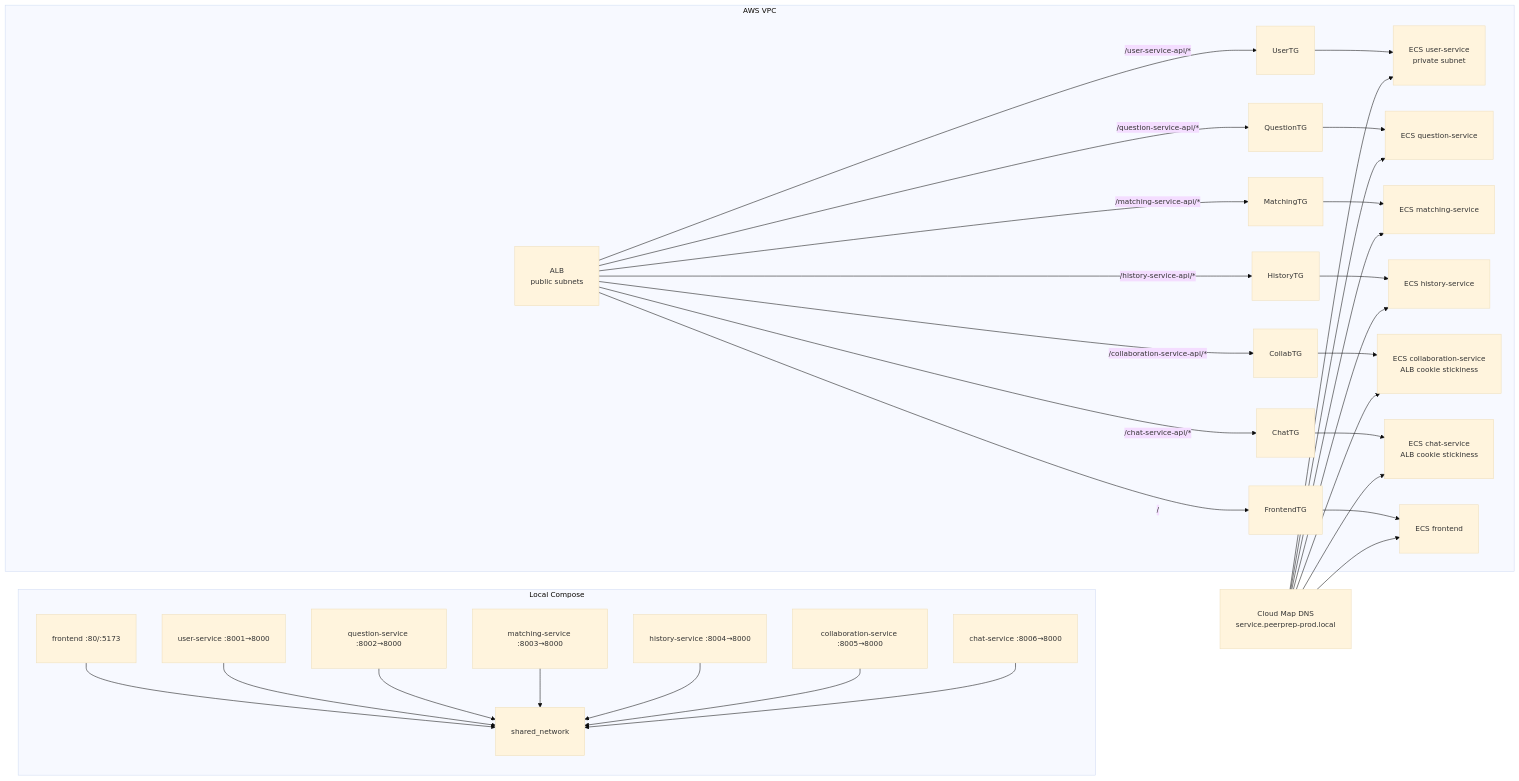
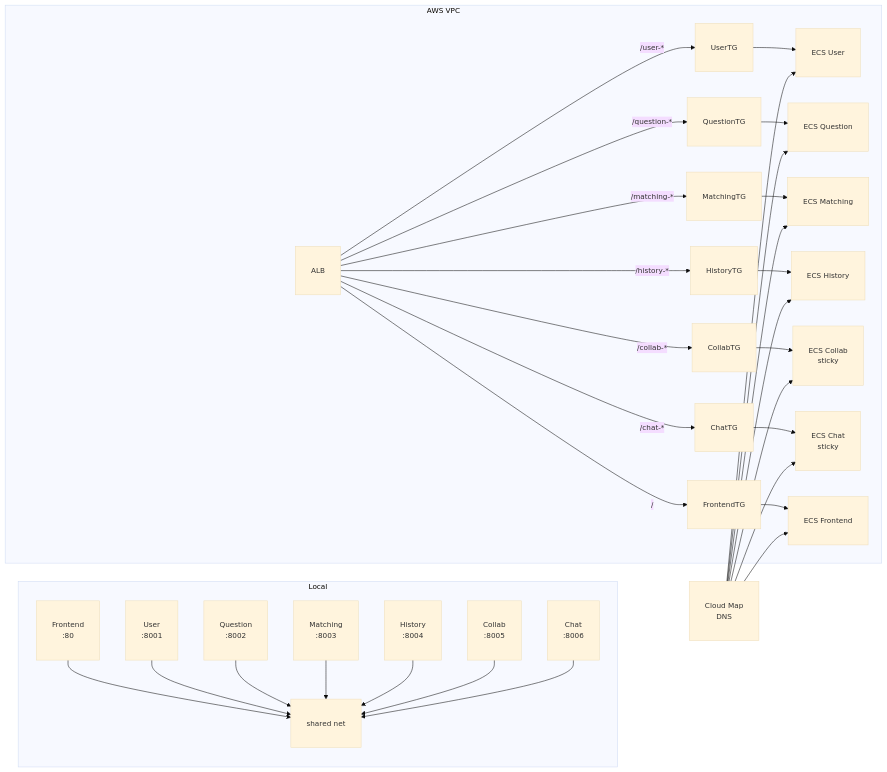
The sixth of 8 diagrams in docs/p1_deploy.md (JoanneHing/cs3219-ay2526s1-project-g19), drawn with Mermaid before and after one commit. The commit also changed other lines of this file, not shown here.

````diff
--- a/docs/p1_deploy.md
+++ b/docs/p1_deploy.md
@@ -192,42 +192,42 @@
 ```mermaid
 %%{init: {'theme':'base', 'themeVariables': {'fontSize':'14px'}}}%%
 graph LR
-  subgraph LocalCompose["Local Compose"]
-    FrontendC["frontend :80/:5173"] --> SharedNet["shared_network"]
-    UserC["user-service :8001→8000"] --> SharedNet
-    QuestionC["question-service :8002→8000"] --> SharedNet
-    MatchingC["matching-service :8003→8000"] --> SharedNet
-    HistoryC["history-service :8004→8000"] --> SharedNet
-    CollabC["collaboration-service :8005→8000"] --> SharedNet
-    ChatC["chat-service :8006→8000"] --> SharedNet
+  subgraph LocalCompose["Local"]
+    FrontendC["Frontend<br/>:80"] --> SharedNet["shared net"]
+    UserC["User<br/>:8001"] --> SharedNet
+    QuestionC["Question<br/>:8002"] --> SharedNet
+    MatchingC["Matching<br/>:8003"] --> SharedNet
+    HistoryC["History<br/>:8004"] --> SharedNet
+    CollabC["Collab<br/>:8005"] --> SharedNet
+    ChatC["Chat<br/>:8006"] --> SharedNet
   end
 
   subgraph AWSVPC["AWS VPC"]
-    ALB2["ALB<br/>public subnets"] -->|"/user-service-api/*"| UserTG
-    ALB2 -->|"/question-service-api/*"| QuestionTG
-    ALB2 -->|"/matching-service-api/*"| MatchingTG
-    ALB2 -->|"/history-service-api/*"| HistoryTG
-    ALB2 -->|"/collaboration-service-api/*"| CollabTG
-    ALB2 -->|"/chat-service-api/*"| ChatTG
+    ALB2["ALB"] -->|"/user-*"| UserTG
+    ALB2 -->|"/question-*"| QuestionTG
+    ALB2 -->|"/matching-*"| MatchingTG
+    ALB2 -->|"/history-*"| HistoryTG
+    ALB2 -->|"/collab-*"| CollabTG
+    ALB2 -->|"/chat-*"| ChatTG
     ALB2 -->|"/"| FrontendTG
 
-    UserTG --> UserTask["ECS user-service<br/>private subnet"]
-    QuestionTG --> QuestionTask["ECS question-service"]
-    MatchingTG --> MatchingTask["ECS matching-service"]
-    HistoryTG --> HistoryTask["ECS history-service"]
-    CollabTG --> CollabTask["ECS collaboration-service<br/>ALB cookie stickiness"]
-    ChatTG --> ChatTask["ECS chat-service<br/>ALB cookie stickiness"]
-    FrontendTG --> FrontendTask["ECS frontend"]
+    UserTG --> UserTask["ECS User"]
+    QuestionTG --> QuestionTask["ECS Question"]
+    MatchingTG --> MatchingTask["ECS Matching"]
+    HistoryTG --> HistoryTask["ECS History"]
+    CollabTG --> CollabTask["ECS Collab<br/>sticky"]
+    ChatTG --> ChatTask["ECS Chat<br/>sticky"]
+    FrontendTG --> FrontendTask["ECS Frontend"]
   end
 
-  CloudMap["Cloud Map DNS<br/>service.peerprep-prod.local"] --> UserTask
+  CloudMap["Cloud Map<br/>DNS"] --> UserTask
   CloudMap --> QuestionTask
   CloudMap --> MatchingTask
   CloudMap --> HistoryTask
   CloudMap --> CollabTask
   CloudMap --> ChatTask
   CloudMap --> FrontendTask
 
   classDef wider padding:10px
   class FrontendC,UserC,QuestionC,MatchingC,HistoryC,CollabC,ChatC,SharedNet,ALB2,UserTG,QuestionTG,MatchingTG,HistoryTG,CollabTG,ChatTG,FrontendTG,UserTask,QuestionTask,MatchingTask,HistoryTask,CollabTask,ChatTask,FrontendTask,CloudMap wider
 ```
````
